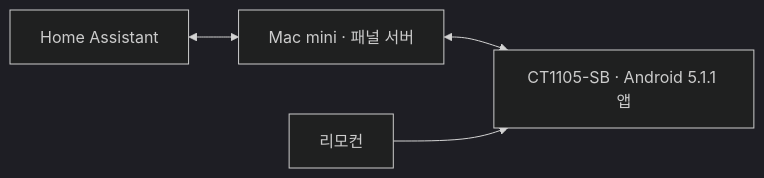
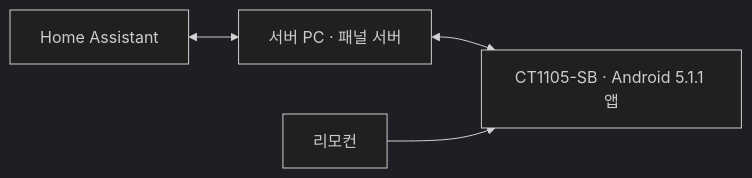
Before and after one commit to dasjjl-svg/KT_TABLE_TV: the diagram in README.md, drawn with Mermaid (dark theme). The commit also changed other lines of this file and 34 other files, not shown here.

````diff
--- a/README.md
+++ b/README.md
@@ -18,6 +26,6 @@
 ```mermaid
 flowchart LR
-    HA[Home Assistant] <--> MAC[Mac mini · 패널 서버]
+    HA[Home Assistant] <--> MAC[서버 PC · 패널 서버]
     MAC <--> TV[CT1105-SB · Android 5.1.1 앱]
     REMOTE[리모컨] --> TV
 ```
````
